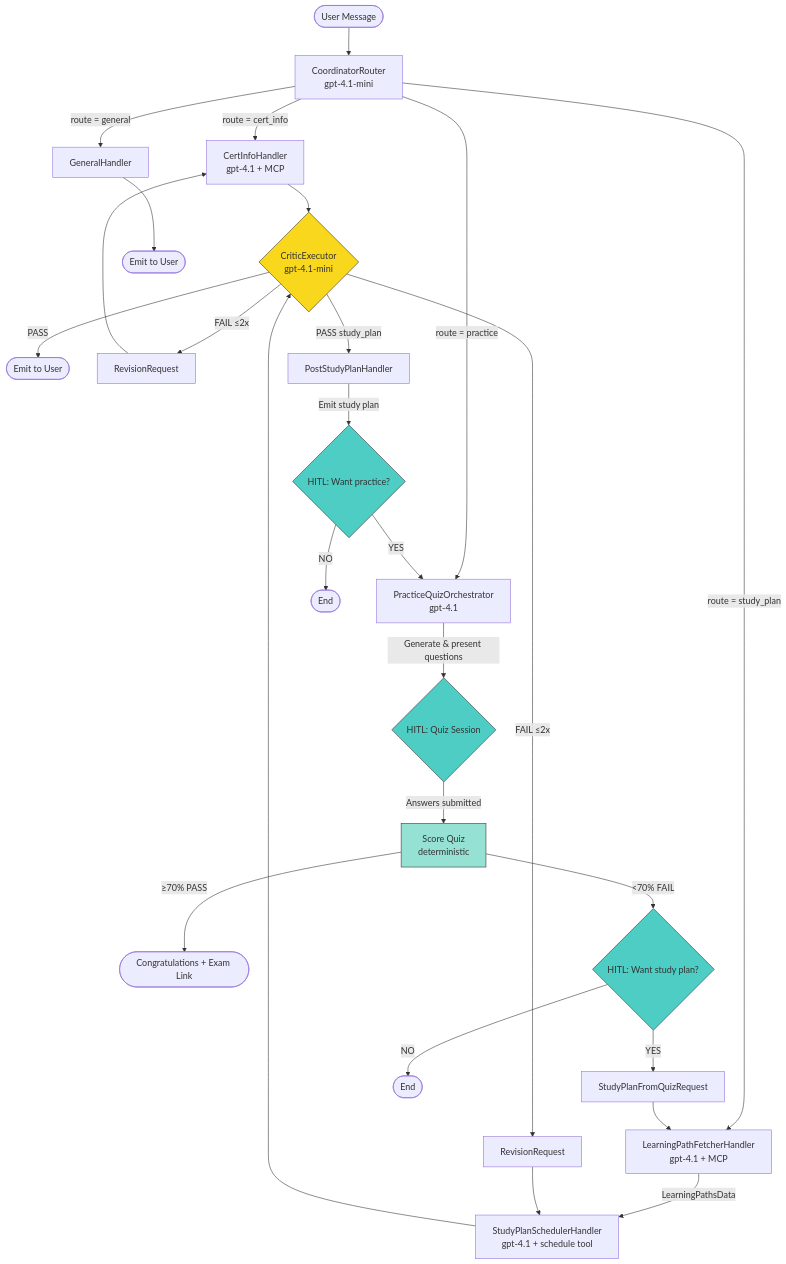
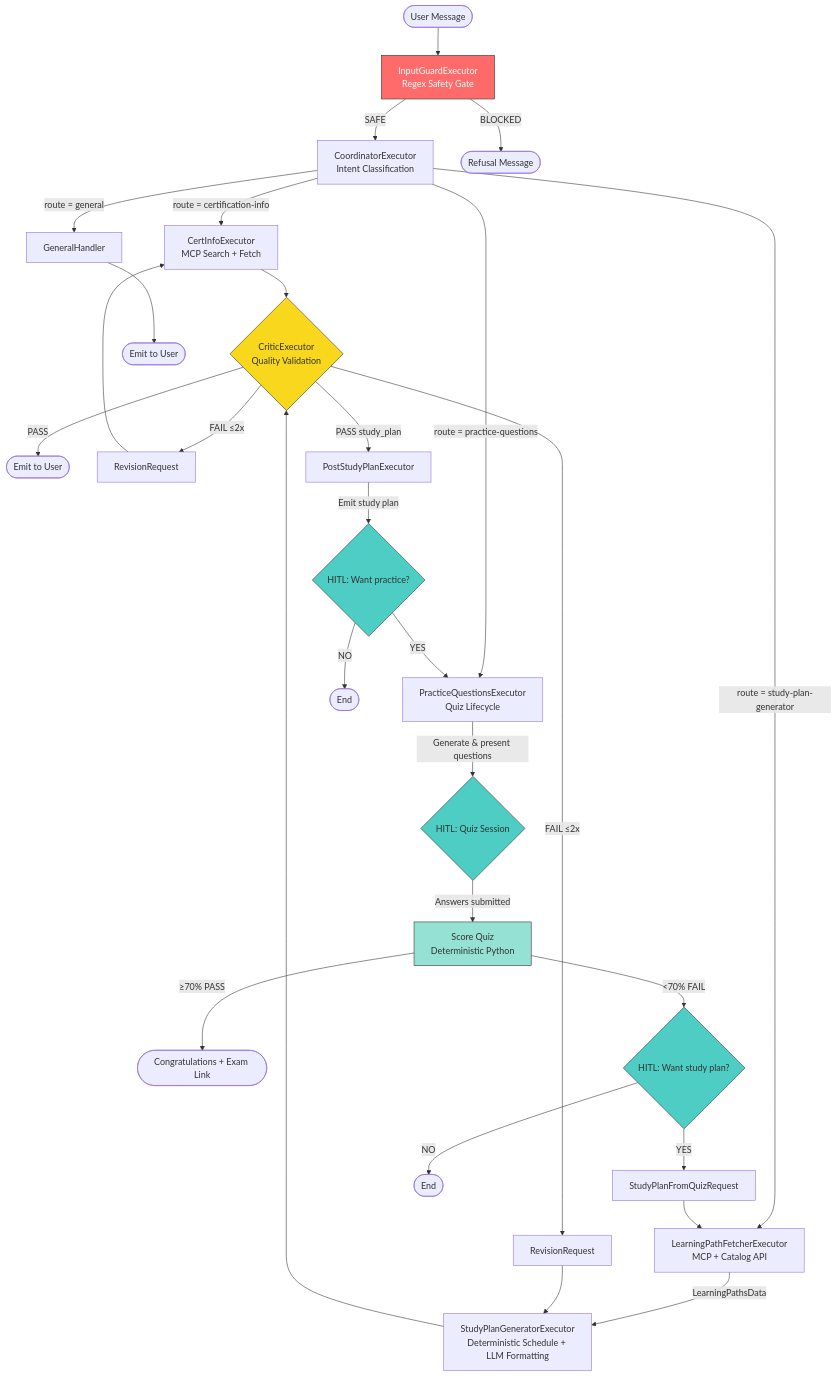
The second of 14 diagrams in ARCHITECTURE.md (fernandosalomao/certinator-ai), drawn with Mermaid before and after one commit. The commit also changed other lines of this file, not shown here.

Commit message:
Updated Architecture Doc

````diff
--- a/ARCHITECTURE.md
+++ b/ARCHITECTURE.md
@@ -103,37 +109,41 @@
 ```mermaid
 flowchart TD
-    START([User Message]) --> COORD[CoordinatorRouter<br/>gpt-4.1-mini]
+    START([User Message]) --> GUARD[InputGuardExecutor<br/>Regex Safety Gate]
 
-    COORD -- "route = cert_info" --> CERT[CertInfoHandler<br/>gpt-4.1 + MCP]
-    COORD -- "route = study_plan" --> LPF[LearningPathFetcherHandler<br/>gpt-4.1 + MCP]
-    COORD -- "route = practice" --> PQ[PracticeQuizOrchestrator<br/>gpt-4.1]
+    GUARD -- "SAFE" --> COORD[CoordinatorExecutor<br/>Intent Classification]
+    GUARD -- "BLOCKED" --> REFUSE([Refusal Message])
+
+    COORD -- "route = certification-info" --> CERT[CertInfoExecutor<br/>MCP Search + Fetch]
+    COORD -- "route = study-plan-generator" --> LPF[LearningPathFetcherExecutor<br/>MCP + Catalog API]
+    COORD -- "route = practice-questions" --> PQ[PracticeQuestionsExecutor<br/>Quiz Lifecycle]
     COORD -- "route = general" --> GEN[GeneralHandler]
 
-    CERT --> CRITIC{CriticExecutor<br/>gpt-4.1-mini}
+    CERT --> CRITIC{CriticExecutor<br/>Quality Validation}
     CRITIC -- "PASS" --> EMIT_CERT([Emit to User])
     CRITIC -- "FAIL ≤2x" --> REV_CERT[RevisionRequest] --> CERT
 
-    LPF -- "LearningPathsData" --> SP[StudyPlanSchedulerHandler<br/>gpt-4.1 + schedule tool]
+    LPF -- "LearningPathsData" --> SP[StudyPlanGeneratorExecutor<br/>Deterministic Schedule + LLM Formatting]
     SP --> CRITIC
-    CRITIC -- "PASS study_plan" --> PSP[PostStudyPlanHandler]
+    CRITIC -- "PASS study_plan" --> PSP[PostStudyPlanExecutor]
     CRITIC -- "FAIL ≤2x" --> REV_SP[RevisionRequest] --> SP
 
     PSP -- "Emit study plan" --> HITL_PRACTICE{HITL: Want practice?}
     HITL_PRACTICE -- "YES" --> PQ
     HITL_PRACTICE -- "NO" --> END_SP([End])
 
     PQ -- "Generate & present questions" --> HITL_QUIZ{HITL: Quiz Session}
-    HITL_QUIZ -- "Answers submitted" --> SCORE[Score Quiz<br/>deterministic]
+    HITL_QUIZ -- "Answers submitted" --> SCORE[Score Quiz<br/>Deterministic Python]
     SCORE -- "≥70% PASS" --> CONGRATS([Congratulations + Exam Link])
     SCORE -- "<70% FAIL" --> HITL_PLAN{HITL: Want study plan?}
     HITL_PLAN -- "YES" --> LPF_QUIZ[StudyPlanFromQuizRequest] --> LPF
     HITL_PLAN -- "NO" --> END_QUIZ([End])
 
     GEN --> EMIT_GEN([Emit to User])
 
+    style GUARD fill:#ff6b6b,stroke:#333,color:#fff
     style CRITIC fill:#f9d71c,stroke:#333,color:#333
     style HITL_QUIZ fill:#4ecdc4,stroke:#333,color:#333
     style HITL_PRACTICE fill:#4ecdc4,stroke:#333,color:#333
     style HITL_PLAN fill:#4ecdc4,stroke:#333,color:#333
     style SCORE fill:#95e1d3,stroke:#333,color:#333
 ```
````
